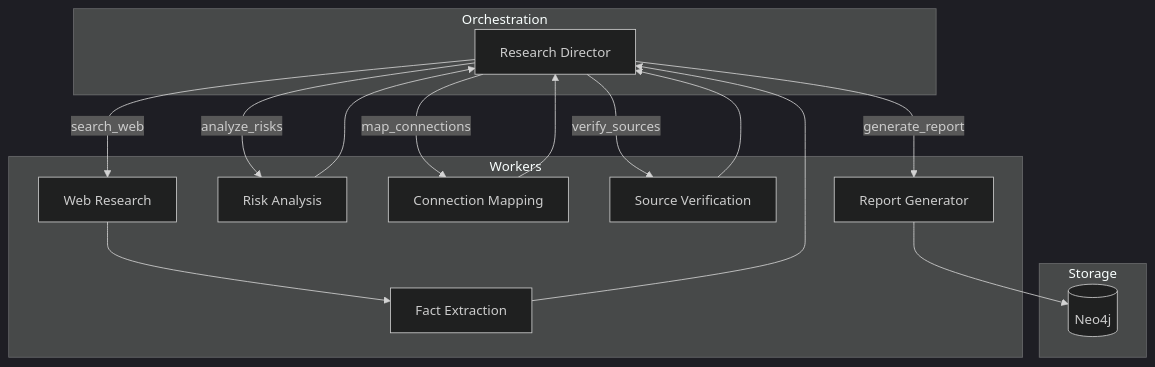
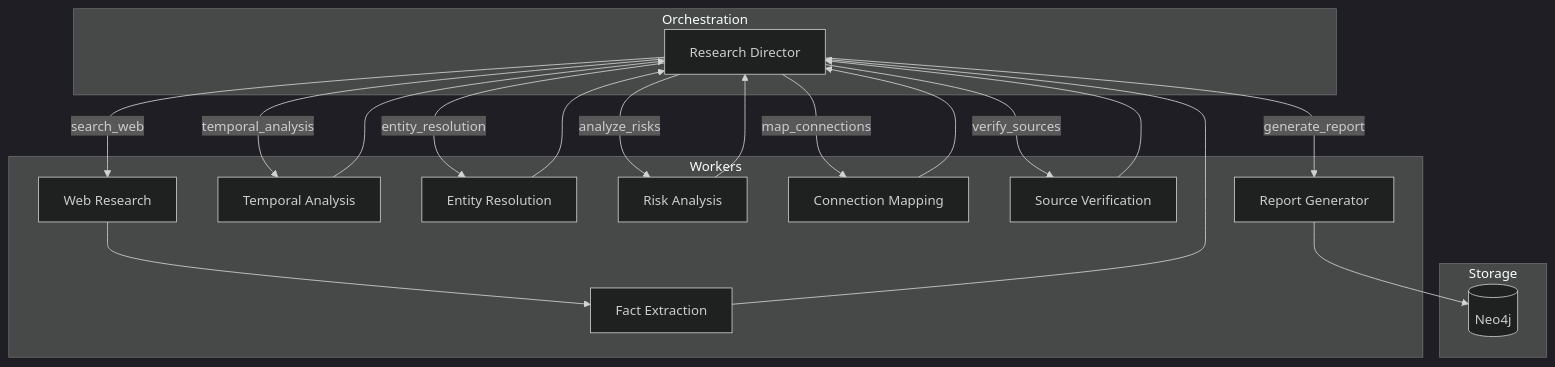
The diagram in README.md (solankiharsh/ai-assessment), drawn with Mermaid (dark theme) before and after one commit. The commit also changed other lines of this file and 48 other files, not shown here.

````diff
--- a/README.md
+++ b/README.md
@@ -64,28 +74,34 @@
 ```mermaid
 flowchart TB
     subgraph orchestration [Orchestration]
         Director[Research Director]
     end
     subgraph workers [Workers]
         Web[Web Research]
         Fact[Fact Extraction]
+        Temporal[Temporal Analysis]
+        EntityRes[Entity Resolution]
         Risk[Risk Analysis]
         Conn[Connection Mapping]
         Verify[Source Verification]
         Report[Report Generator]
     end
     subgraph storage [Storage]
         Neo4j[(Neo4j)]
     end
     Director -->|search_web| Web
     Web --> Fact
     Fact --> Director
+    Director -->|temporal_analysis| Temporal
+    Temporal --> Director
+    Director -->|entity_resolution| EntityRes
+    EntityRes --> Director
     Director -->|analyze_risks| Risk
     Risk --> Director
     Director -->|map_connections| Conn
     Conn --> Director
     Director -->|verify_sources| Verify
     Verify --> Director
     Director -->|generate_report| Report
     Report --> Neo4j
 ```
````
